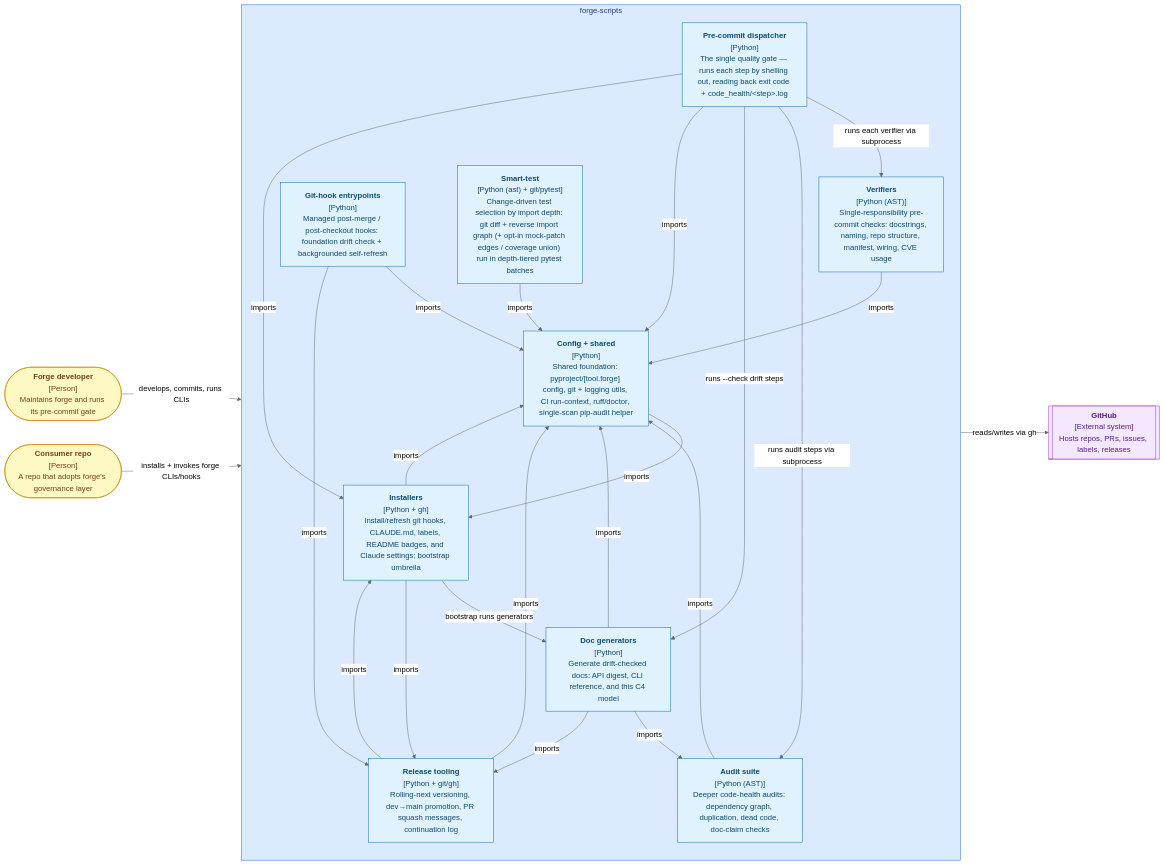
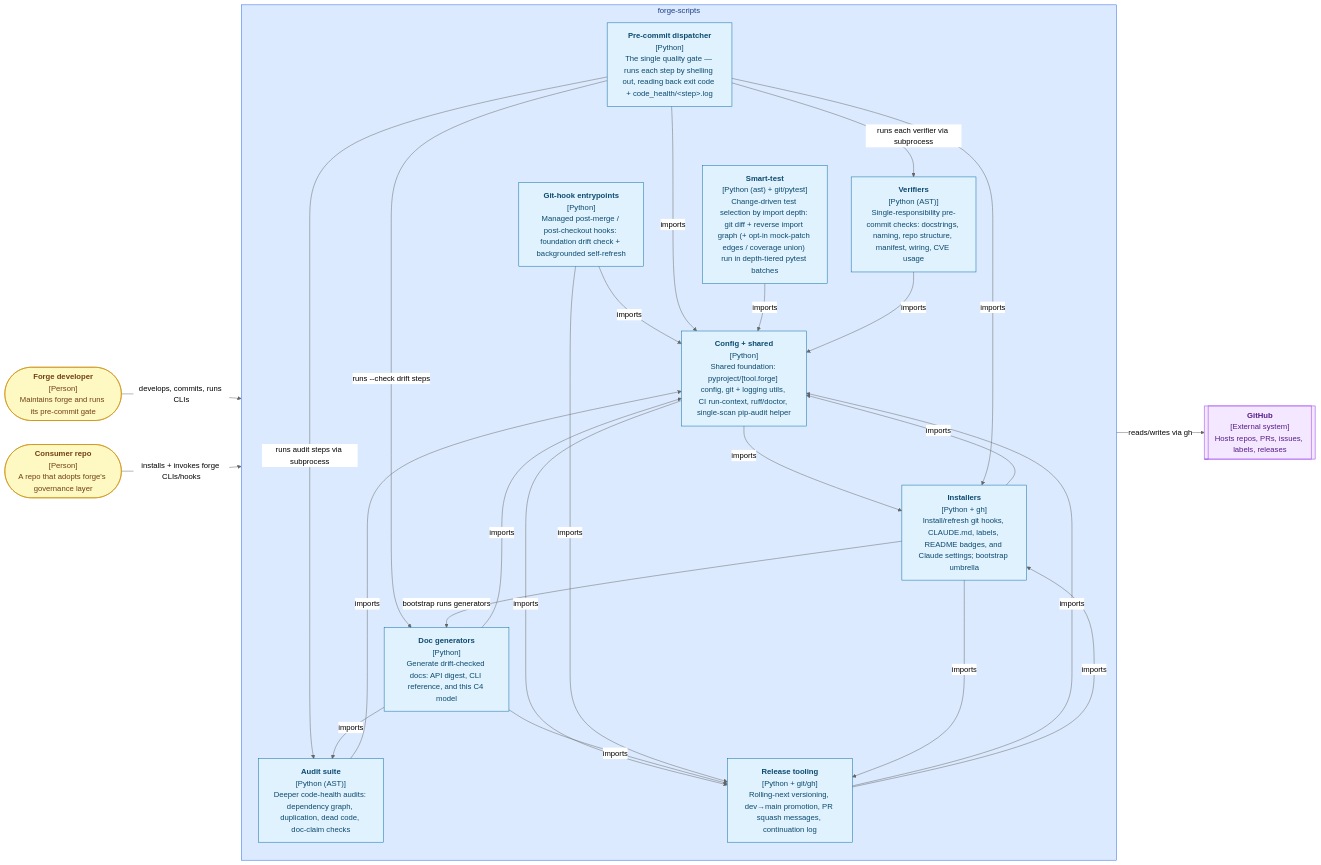
The diagram in README.md (misnaej/forge), drawn with Mermaid (neutral theme) before and after one commit. The commit also changed other lines of this file and 10 other files, not shown here.

````diff
--- a/README.md
+++ b/README.md
@@ -122,56 +122,57 @@
 ```mermaid
 graph LR
     forge_developer(["<b>Forge developer</b><br/>[Person]<br/>Maintains forge and runs its pre-commit gate"])
     consumer_repo(["<b>Consumer repo</b><br/>[Person]<br/>A repo that adopts forge's governance layer"])
     github[["<b>GitHub</b><br/>[External system]<br/>Hosts repos, PRs, issues, labels, releases"]]
     subgraph forge_scripts["forge-scripts"]
         pre_commit_dispatcher["<b>Pre-commit dispatcher</b><br/>[Python]<br/>The single quality gate — runs each step by shelling out, reading back exit code + code_health/&lt;step&gt;.log"]
         audit_suite["<b>Audit suite</b><br/>[Python (AST)]<br/>Deeper code-health audits: dependency graph, duplication, dead code, doc-claim checks"]
         verifiers["<b>Verifiers</b><br/>[Python (AST)]<br/>Single-responsibility pre-commit checks: docstrings, naming, repo structure, manifest, wiring, CVE usage"]
         installers["<b>Installers</b><br/>[Python + gh]<br/>Install/refresh git hooks, CLAUDE.md, labels, README badges, and Claude settings; bootstrap umbrella"]
         doc_generators["<b>Doc generators</b><br/>[Python]<br/>Generate drift-checked docs: API digest, CLI reference, and this C4 model"]
         git_hook_entrypoints["<b>Git-hook entrypoints</b><br/>[Python]<br/>Managed post-merge / post-checkout hooks: foundation drift check + backgrounded self-refresh"]
         release_tooling["<b>Release tooling</b><br/>[Python + git/gh]<br/>Rolling-next versioning, dev→main promotion, PR squash messages, continuation log"]
         smart_test["<b>Smart-test</b><br/>[Python (ast) + git/pytest]<br/>Change-driven test selection by import depth: git diff + reverse import graph (+ opt-in mock-patch edges / coverage union) run in depth-tiered pytest batches"]
         config_shared["<b>Config + shared</b><br/>[Python]<br/>Shared foundation: pyproject/[tool.forge] config, git + logging utils, CI run-context, ruff/doctor, single-scan pip-audit helper"]
     end
     forge_developer -->|"develops, commits, runs CLIs"| forge_scripts
     consumer_repo -->|"installs + invokes forge CLIs/hooks"| forge_scripts
     forge_scripts -->|"reads/writes via gh"| github
     pre_commit_dispatcher -->|"runs each verifier via subprocess"| verifiers
     pre_commit_dispatcher -->|"runs audit steps via subprocess"| audit_suite
     pre_commit_dispatcher -->|"runs --check drift steps"| doc_generators
     installers -->|"bootstrap runs generators"| doc_generators
     audit_suite -->|"imports"| config_shared
     config_shared -->|"imports"| installers
+    config_shared -->|"imports"| release_tooling
     doc_generators -->|"imports"| audit_suite
     doc_generators -->|"imports"| config_shared
     doc_generators -->|"imports"| release_tooling
     git_hook_entrypoints -->|"imports"| config_shared
     git_hook_entrypoints -->|"imports"| release_tooling
     installers -->|"imports"| config_shared
     installers -->|"imports"| release_tooling
     pre_commit_dispatcher -->|"imports"| config_shared
     pre_commit_dispatcher -->|"imports"| installers
     release_tooling -->|"imports"| config_shared
     release_tooling -->|"imports"| installers
     smart_test -->|"imports"| config_shared
     verifiers -->|"imports"| config_shared
     classDef component fill:#e0f2fe,stroke:#0369a1,color:#0c4a6e
     classDef container fill:#dbeafe,stroke:#2563eb,color:#1e3a8a
     classDef external fill:#f3e8ff,stroke:#9333ea,color:#581c87
     classDef person fill:#fef9c3,stroke:#ca8a04,color:#713f12
     class forge_developer person
     class consumer_repo person
     class github external
     class forge_scripts container
     class pre_commit_dispatcher component
     class audit_suite component
     class verifiers component
     class installers component
     class doc_generators component
     class git_hook_entrypoints component
     class release_tooling component
     class smart_test component
     class config_shared component
 ```
````
